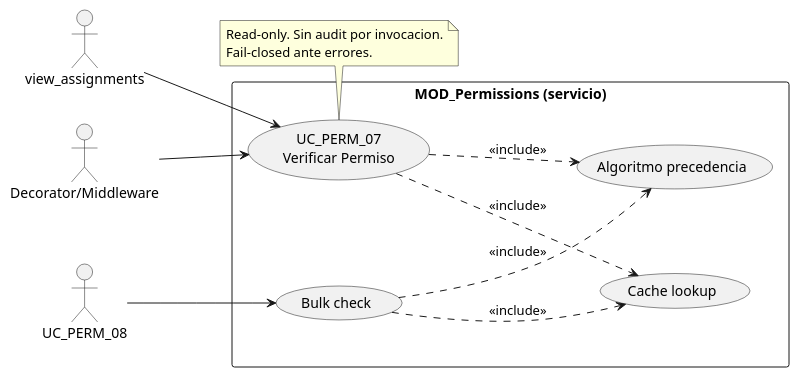
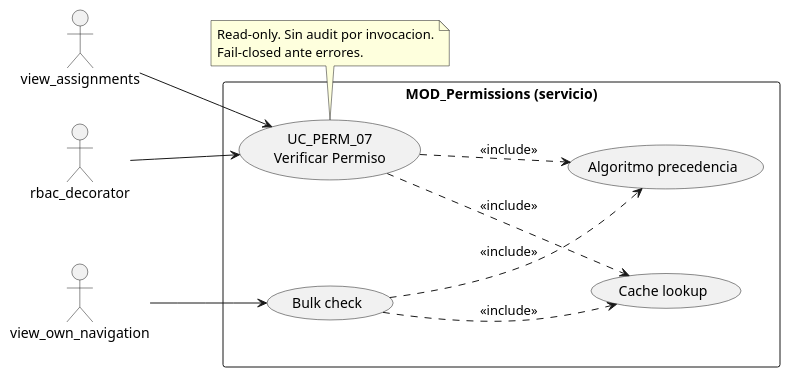
One commit to jcg-admin/IACT-docs changed the first of 4 diagrams in source/requisitos/casos-uso/permissions/uc-perm-07/diagramas-uml.rst. Above: the diagram before and after it, drawn with PlantUML. The commit also changed 5 other files, not shown here.

First line of the commit message:
Complete UC diagram coverage and fix final actor names

```diff
--- a/source/requisitos/casos-uso/permissions/uc-perm-07/diagramas-uml.rst
+++ b/source/requisitos/casos-uso/permissions/uc-perm-07/diagramas-uml.rst
@@ -10,31 +10,31 @@
 .. uml::
  :caption: UC_PERM_07 — verificar permiso
 
  @startuml
  left to right direction
 
- actor "Decorator/Middleware" as DEC
+ actor "rbac_decorator" as DEC
  actor "view_assignments" as ADMIN
- actor "UC_PERM_08" as MENU
+ actor "view_own_navigation" as MENU
 
  rectangle "MOD_Permissions (servicio)" {
    usecase "UC_PERM_07\nVerificar Permiso" as UC07
    usecase "Bulk check" as BULK
    usecase "Cache lookup" as CACHE
    usecase "Algoritmo precedencia" as ALG
  }
 
  DEC --> UC07
  ADMIN --> UC07
  MENU --> BULK
  UC07 ..> CACHE : <<include>>
  UC07 ..> ALG : <<include>>
  BULK ..> CACHE : <<include>>
  BULK ..> ALG : <<include>>
 
  note bottom of UC07
    Read-only. Sin audit por invocacion.
    Fail-closed ante errores.
  end note
 
  @enduml
```
